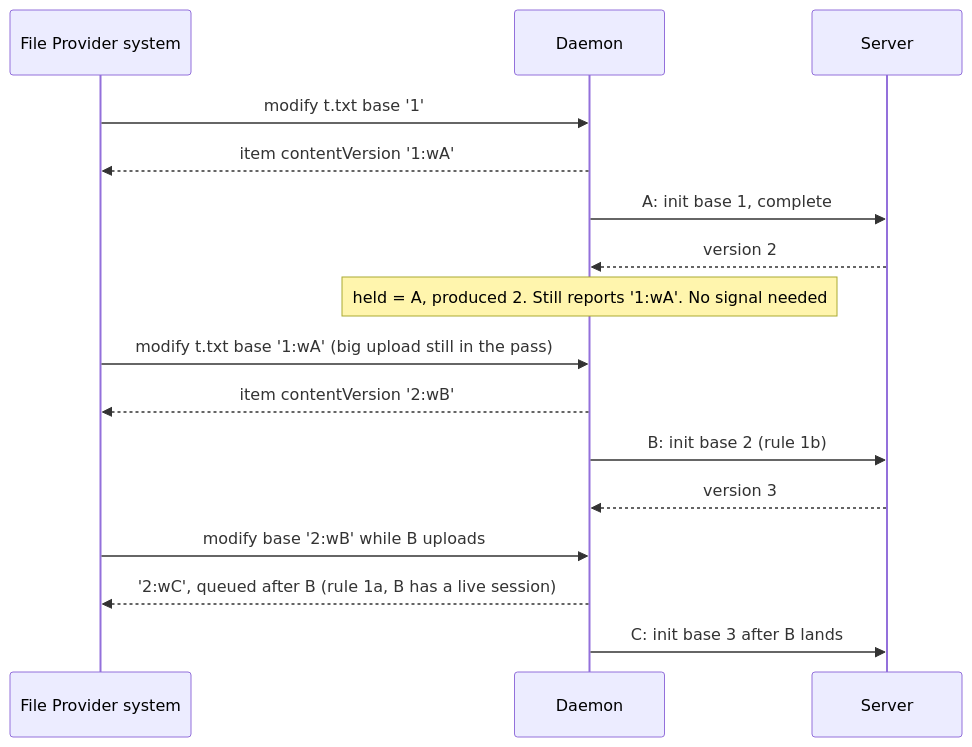
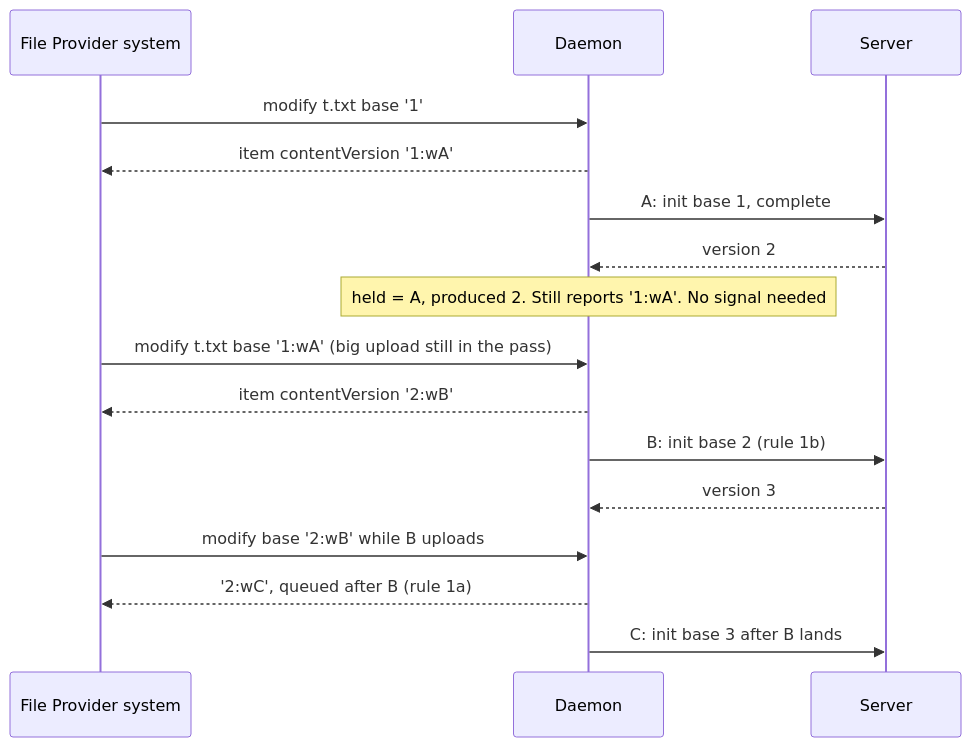
One commit to beebeeb-io/desktop changed the second of 4 diagrams in docs/specs/2026-10-09-macos-finder-write-versions.md. Above: the diagram before and after it, drawn with Mermaid. The commit also changed other lines of this file, not shown here.

First line of the commit message:
docs: revise the Finder write-versions spec after its review (round 4b)

````diff
--- a/docs/specs/2026-10-09-macos-finder-write-versions.md
+++ b/docs/specs/2026-10-09-macos-finder-write-versions.md
@@ -314,18 +407,18 @@
 ```mermaid
 sequenceDiagram
     participant S as File Provider system
     participant D as Daemon
     participant A as Server
     S->>D: modify t.txt base '1'
     D-->>S: item contentVersion '1:wA'
     D->>A: A: init base 1, complete
     A-->>D: version 2
     Note over D: held = A, produced 2. Still reports '1:wA'. No signal needed
     S->>D: modify t.txt base '1:wA' (big upload still in the pass)
     D-->>S: item contentVersion '2:wB'
     D->>A: B: init base 2 (rule 1b)
     A-->>D: version 3
     S->>D: modify base '2:wB' while B uploads
-    D-->>S: '2:wC', queued after B (rule 1a, B has a live session)
+    D-->>S: '2:wC', queued after B (rule 1a)
     D->>A: C: init base 3 after B lands
 ```
````
